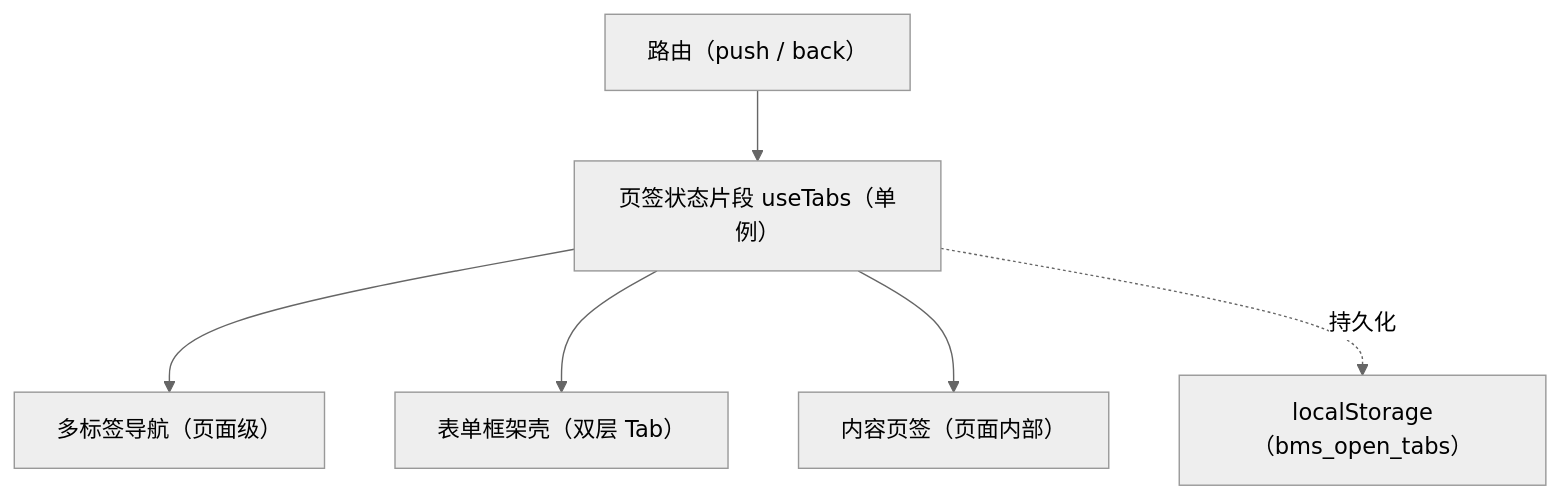
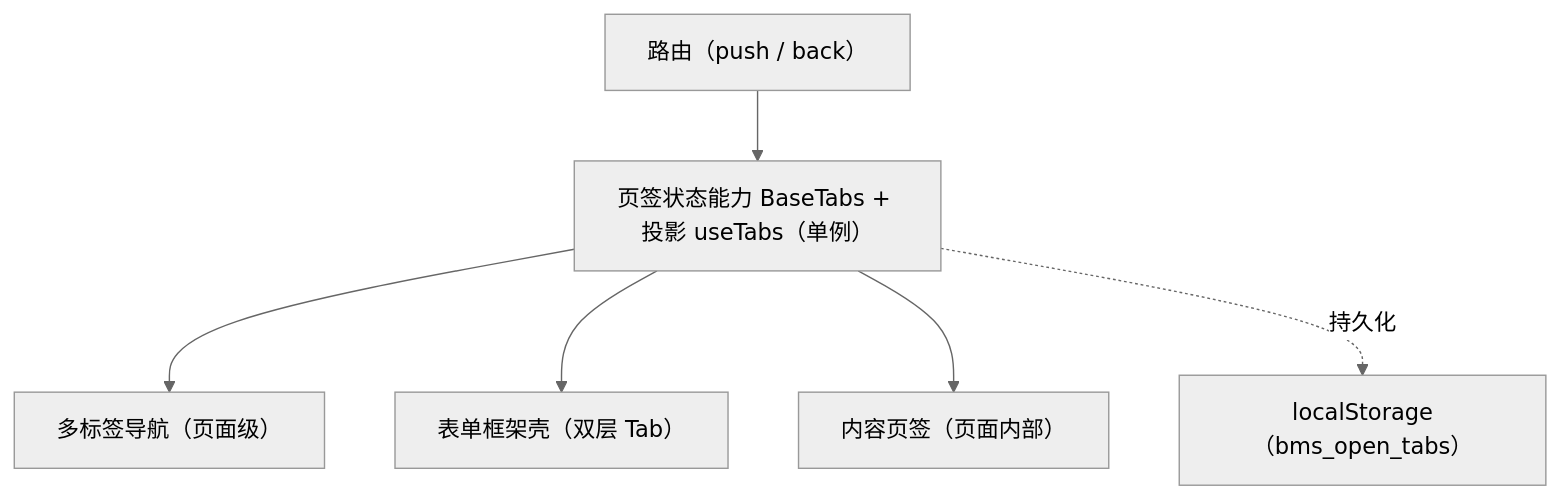
Before and after one commit to minjian123/basic-management-system: the diagram in bms文档/设计/组件设计/02_基础组件类/02_能力片段/15_组件设计_页签状态片段/15_组件设计_页签状态片段.md, drawn with Mermaid (neutral theme). The commit also changed other lines of this file and 49 other files, not shown here.

````diff
--- a/bms文档/设计/组件设计/02_基础组件类/02_能力片段/15_组件设计_页签状态片段/15_组件设计_页签状态片段.md
+++ b/bms文档/设计/组件设计/02_基础组件类/02_能力片段/15_组件设计_页签状态片段/15_组件设计_页签状态片段.md
@@ -15,8 +15,8 @@
 ```mermaid
 flowchart TD
-    T["页签状态片段 useTabs（单例）"] --> N["多标签导航（页面级）"]
+    T["页签状态能力 BaseTabs + 投影 useTabs（单例）"] --> N["多标签导航（页面级）"]
     T --> F["表单框架壳（双层 Tab）"]
     T --> C["内容页签（页面内部）"]
     R["路由（push / back）"] --> T
     T -. 持久化 .-> LS["localStorage（bms_open_tabs）"]
 ```
````
